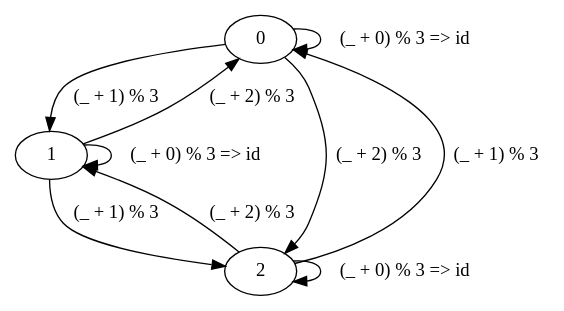
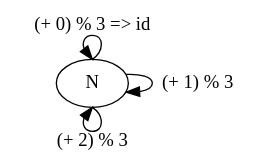
One commit to awalterschulze/category-theory-for-programmers-challenges changed the sixth of 6 diagrams in 103-Categories-Great-and-Small.md. Above: the diagram before and after it, drawn with Graphviz. The commit also changed other lines of this file and 2 other files, not shown here.

````diff
--- a/103-Categories-Great-and-Small.md
+++ b/103-Categories-Great-and-Small.md
@@ -128,13 +134,7 @@
 ```dot
 digraph G {
-  0 -> 0 [label="(_ + 0) % 3 => id"]
-  0 -> 1 [label="(_ + 1) % 3"]
-  0 -> 2 [label="(_ + 2) % 3"]
-  1 -> 1 [label="(_ + 0) % 3 => id"]
-  1 -> 2 [label="(_ + 1) % 3"]
-  1 -> 0 [label="(_ + 2) % 3"]
-  2 -> 2 [label="(_ + 0) % 3 => id"]
-  2 -> 0 [label="(_ + 1) % 3"]
-  2 -> 1 [label="(_ + 2) % 3"]
+  N:n -> N:n [label="(+ 0) % 3 => id"]
+  N -> N [label="(+ 1) % 3"]
+  N:s -> N:s [label="(+ 2) % 3"]
 }
 ```
````
